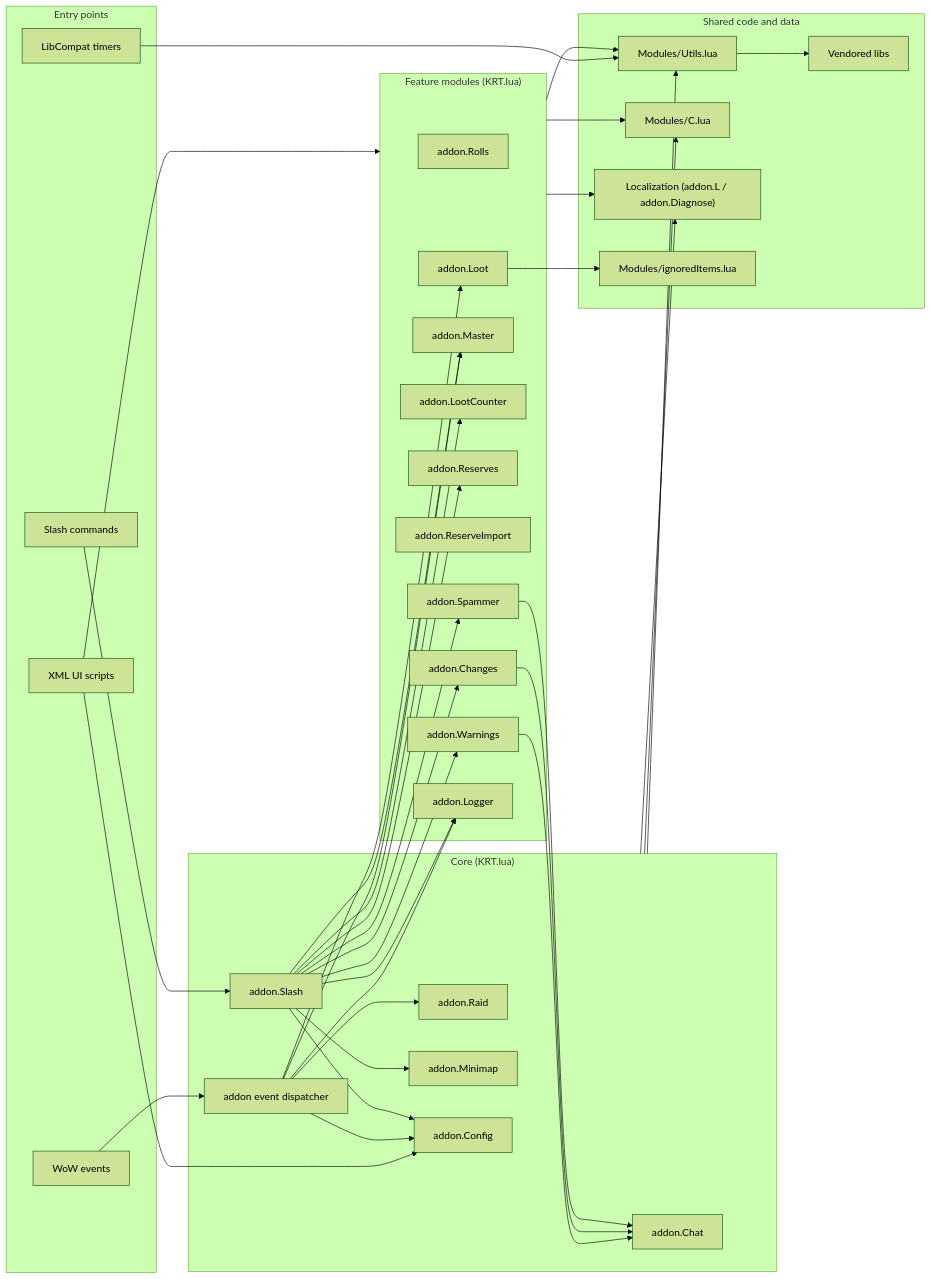
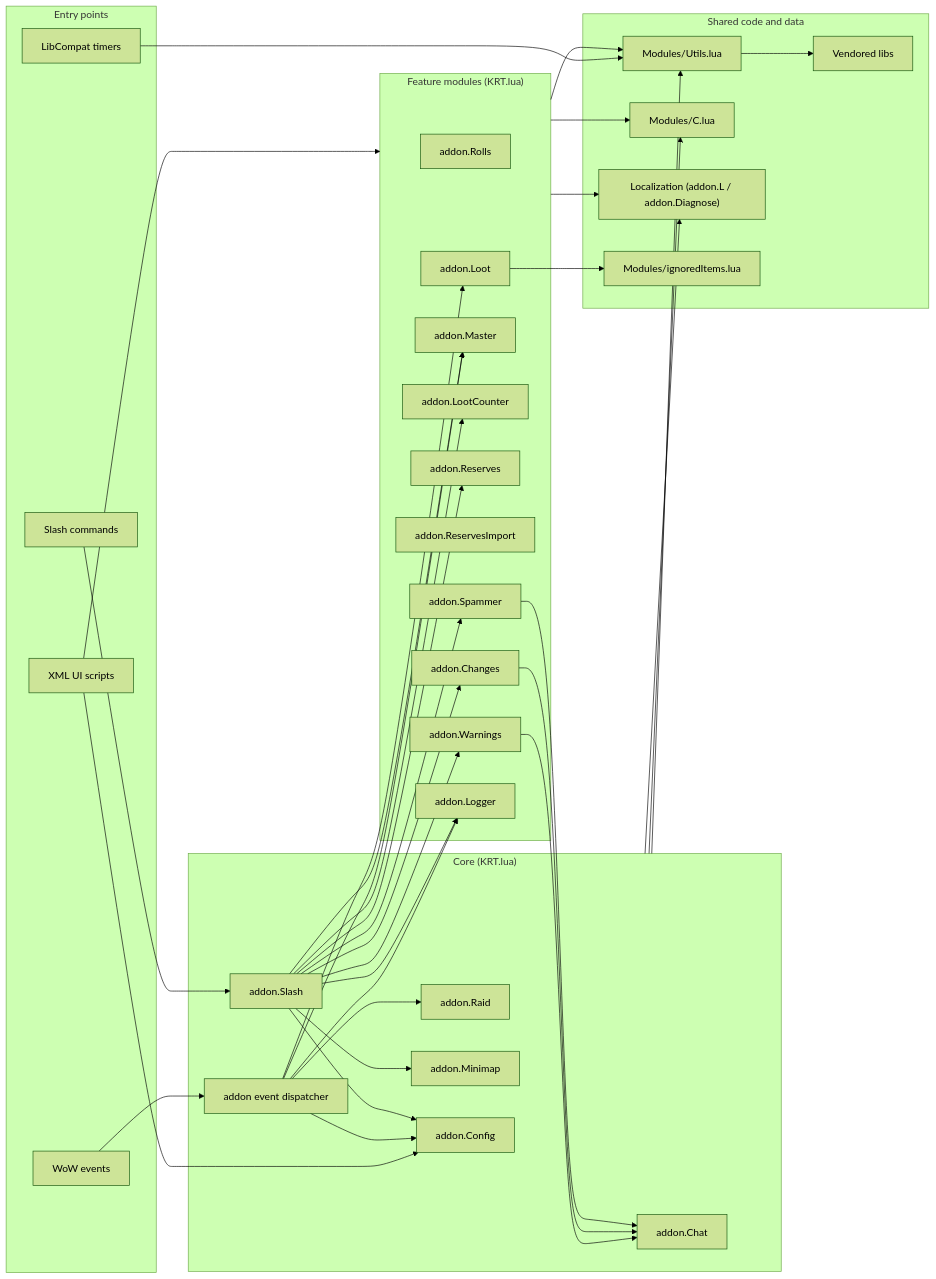
One commit to sk1zzovsmx/KRT-improved changed the first of 2 diagrams in OVERVIEW.md. Above: the diagram before and after it, drawn with Mermaid (forest theme). The commit also changed other lines of this file and 9 other files, not shown here.

Commit message:
rename and uniform ReserveImport -> ReservesImport

````diff
--- a/OVERVIEW.md
+++ b/OVERVIEW.md
@@ -56,74 +56,74 @@
 ```mermaid
 flowchart LR
   subgraph EP["Entry points"]
     WEV["WoW events"]
     XUI["XML UI scripts"]
     SLC["Slash commands"]
     TMR["LibCompat timers"]
   end
 
   subgraph CORE["Core (KRT.lua)"]
     EVT["addon event dispatcher"]
     Slash["addon.Slash"]
     Raid["addon.Raid"]
     Chat["addon.Chat"]
     Minimap["addon.Minimap"]
     Config["addon.Config"]
   end
 
   subgraph FEATURES["Feature modules (KRT.lua)"]
     Rolls["addon.Rolls"]
     Loot["addon.Loot"]
     Master["addon.Master"]
     LootCounter["addon.LootCounter"]
     Reserves["addon.Reserves"]
-    ReserveImport["addon.ReserveImport"]
+    ReservesImport["addon.ReservesImport"]
     Warnings["addon.Warnings"]
     Changes["addon.Changes"]
     Spammer["addon.Spammer"]
     Logger["addon.Logger"]
   end
 
   subgraph SHARED["Shared code and data"]
     Utils["Modules/Utils.lua"]
     Cmod["Modules/C.lua"]
     L10n["Localization (addon.L / addon.Diagnose)"]
     Ignored["Modules/ignoredItems.lua"]
     Libs["Vendored libs"]
   end
 
   WEV --> EVT
   XUI --> FEATURES
   XUI --> Config
   SLC --> Slash
   TMR --> Utils
 
   EVT --> Raid
   EVT --> Loot
   EVT --> Master
   EVT --> Logger
   EVT --> Config
 
   Slash --> Master
   Slash --> Reserves
   Slash --> LootCounter
   Slash --> Warnings
   Slash --> Changes
   Slash --> Spammer
   Slash --> Logger
   Slash --> Config
   Slash --> Minimap
 
   Warnings --> Chat
   Changes --> Chat
   Spammer --> Chat
 
   FEATURES --> Utils
   FEATURES --> Cmod
   FEATURES --> L10n
   CORE --> Utils
   CORE --> Cmod
   CORE --> L10n
   Loot --> Ignored
   Utils --> Libs
 ```
````
